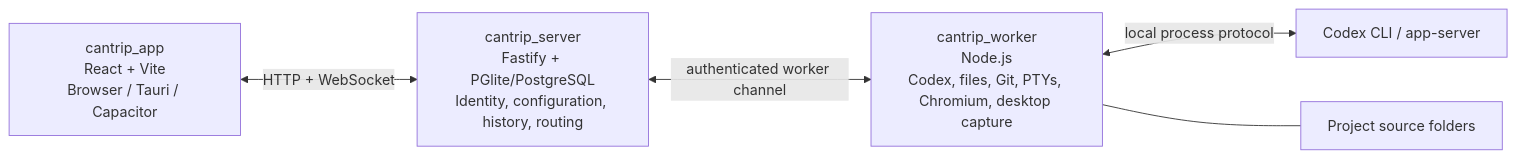
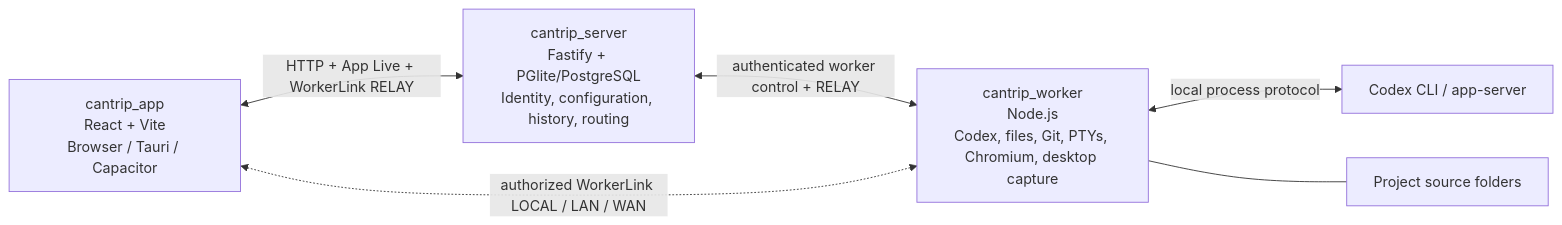
The diagram in README.md (ArcaneArts/Cantrip), drawn with Mermaid before and after one commit. The commit also changed other lines of this file and 47 other files, not shown here.

````diff
--- a/README.md
+++ b/README.md
@@ -176,13 +174,14 @@
 ```mermaid
 flowchart LR
     APP["cantrip_app<br/>React + Vite<br/>Browser / Tauri / Capacitor"]
     SERVER["cantrip_server<br/>Fastify + PGlite/PostgreSQL<br/>Identity, configuration, history, routing"]
     WORKER["cantrip_worker<br/>Node.js<br/>Codex, files, Git, PTYs, Chromium, desktop capture"]
     CODEX["Codex CLI / app-server"]
     FILES["Project source folders"]
 
-    APP <-->|"HTTP + WebSocket"| SERVER
-    SERVER <-->|"authenticated worker channel"| WORKER
+    APP <-->|"HTTP + App Live + WorkerLink RELAY"| SERVER
+    SERVER <-->|"authenticated worker control + RELAY"| WORKER
+    APP <-.->|"authorized WorkerLink LOCAL / LAN / WAN"| WORKER
     WORKER <-->|"local process protocol"| CODEX
     WORKER --- FILES
 ```
````
